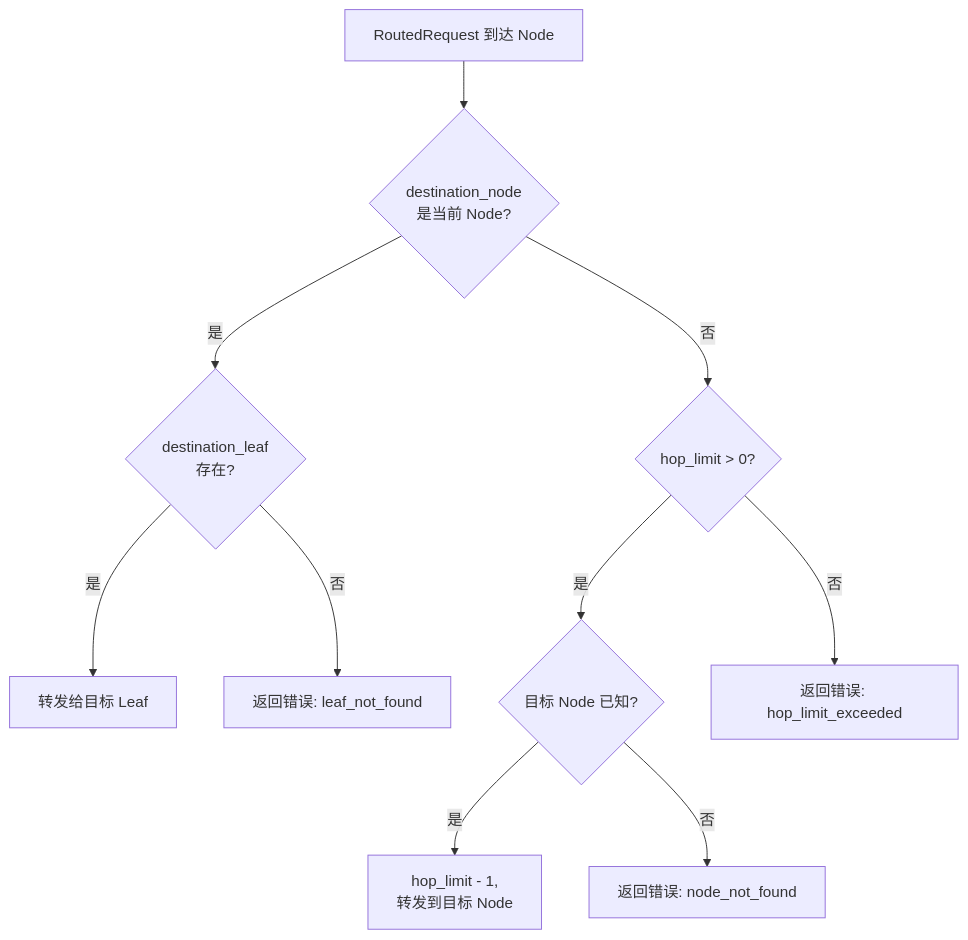
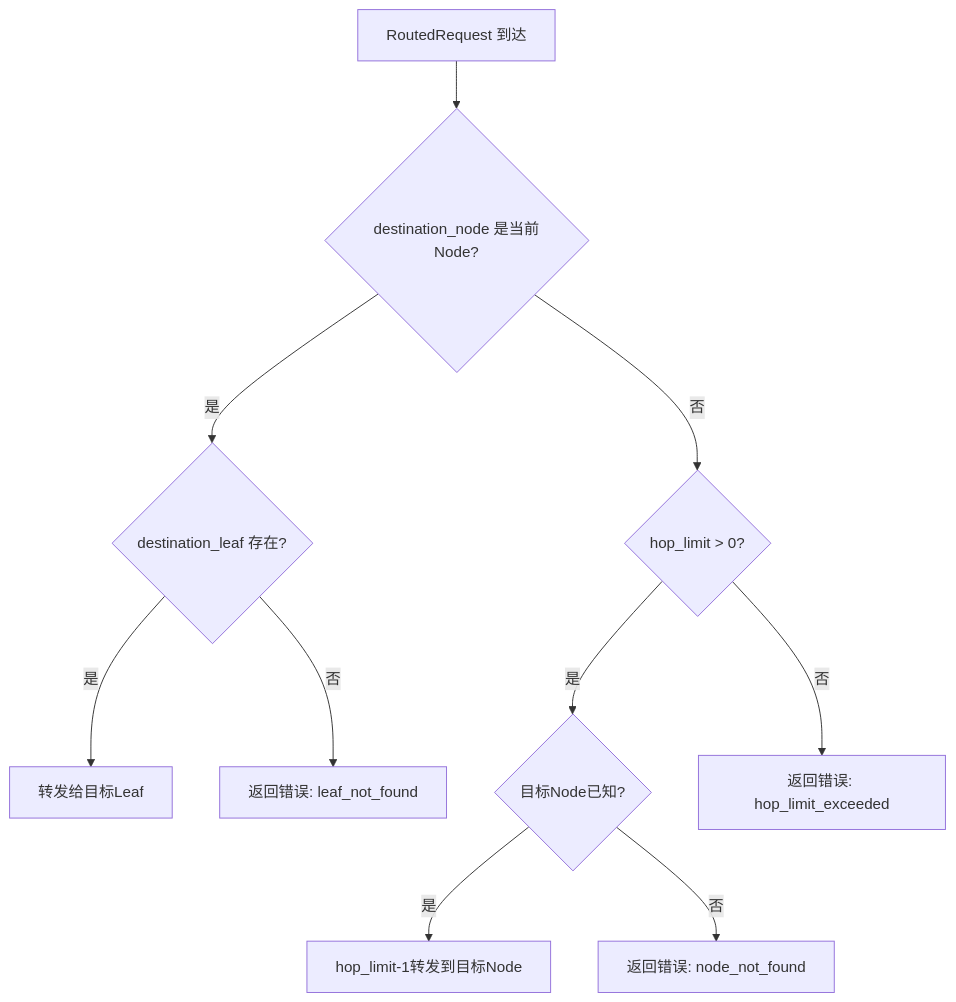
One commit to arrayforward/creek changed the sixth of 9 diagrams in docs/architecture.md. Above: the diagram before and after it, drawn with Mermaid. The commit also changed other lines of this file and 2 other files, not shown here.

First line of the commit message:
fix: remove mermaid br tags causing GitHub render failure

````diff
--- a/docs/architecture.md
+++ b/docs/architecture.md
@@ -306,23 +286,23 @@
 ```mermaid
 graph TD
-    REQ["RoutedRequest 到达 Node"]
-    CHK1{"destination_node<br/>是当前 Node?"}
-    CHK2{"destination_leaf<br/>存在?"}
+    REQ["RoutedRequest 到达"]
+    CHK1{"destination_node 是当前Node?"}
+    CHK2{"destination_leaf 存在?"}
     CHK3{"hop_limit > 0?"}
-    CHK4{"目标 Node 已知?"}
-    S1[转发给目标 Leaf]
+    CHK4{"目标Node已知?"}
+    S1[转发给目标Leaf]
     S2[返回错误: leaf_not_found]
     S3[返回错误: hop_limit_exceeded]
     S4[返回错误: node_not_found]
-    S5[hop_limit - 1,<br/>转发到目标 Node]
+    S5[hop_limit-1转发到目标Node]
 
     REQ --> CHK1
     CHK1 -->|是| CHK2
     CHK1 -->|否| CHK3
     CHK2 -->|是| S1
     CHK2 -->|否| S2
     CHK3 -->|是| CHK4
     CHK3 -->|否| S3
     CHK4 -->|是| S5
     CHK4 -->|否| S4
 ```
````
